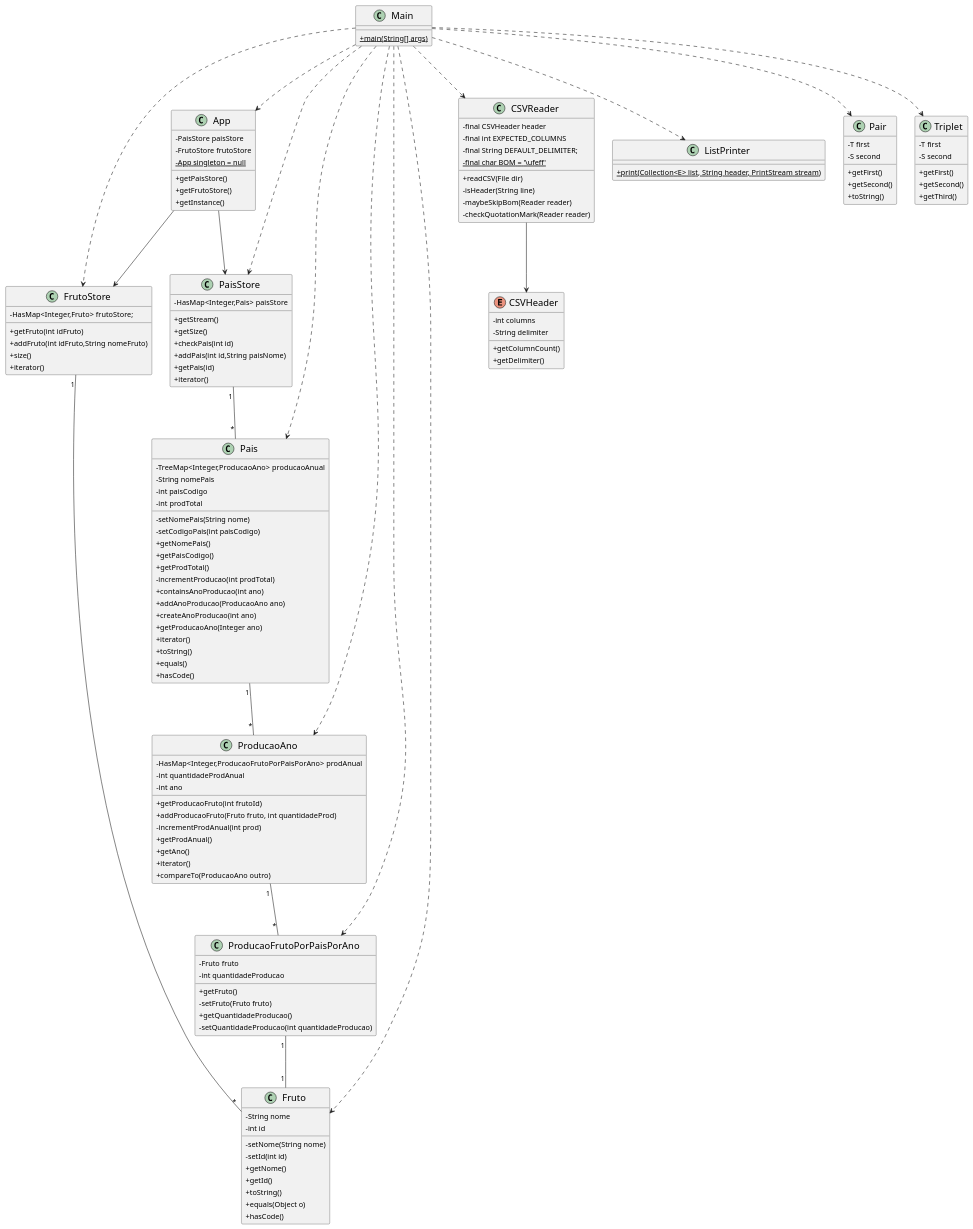
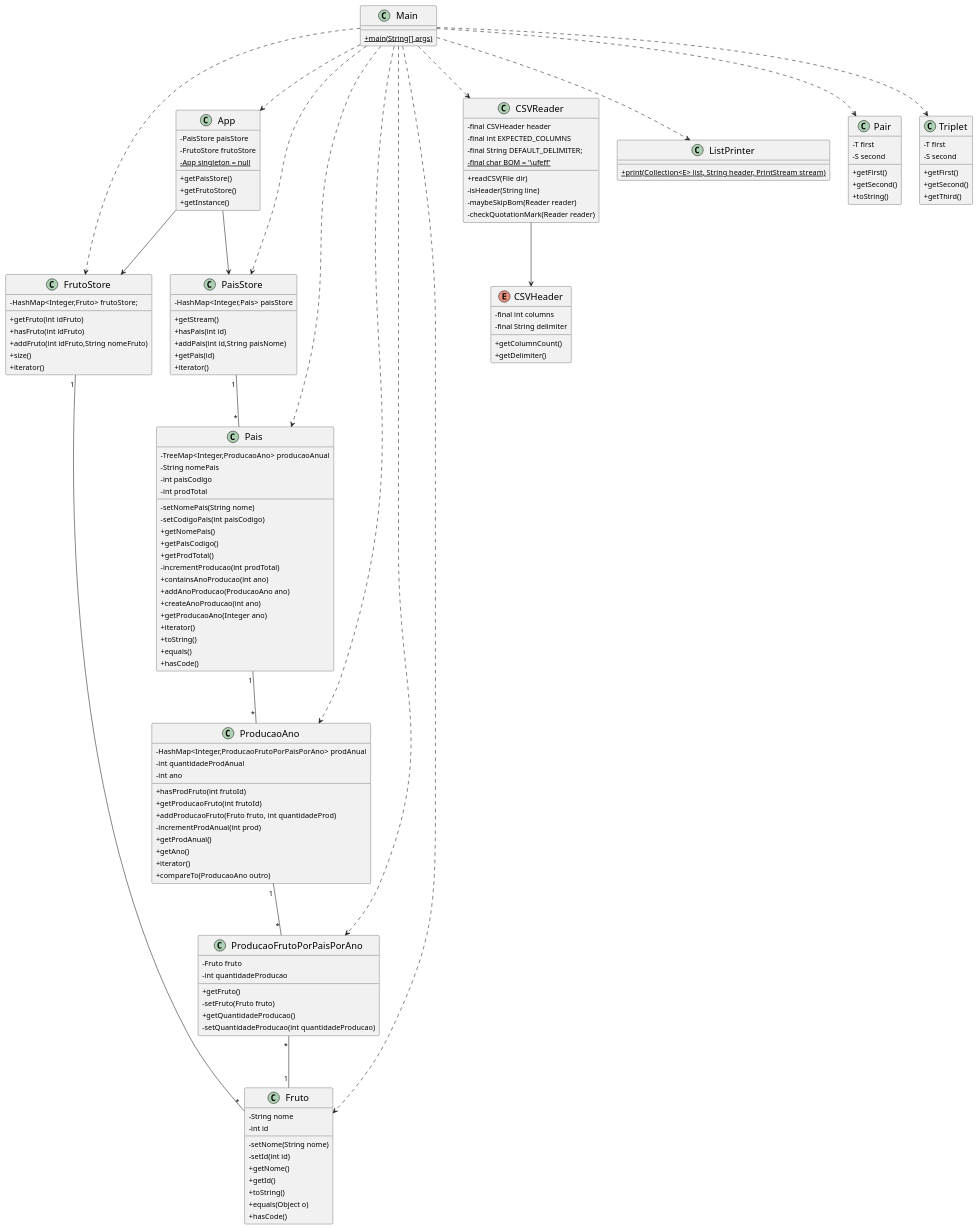
One commit to jovami/esinf-tp1 changed the diagram in ClassDiagram.puml. Above: the diagram before and after it, drawn with PlantUML. The commit also changed 2 other files, not shown here.

Commit message:
corrections in class diagram

```diff
--- a/ClassDiagram.puml
+++ b/ClassDiagram.puml
@@ -1,168 +1,169 @@
 @startuml
 'https://plantuml.com/class-diagram
 
 skinparam classAttributeIconSize 0
 skinparam padding 2
 skinparam ranksep 100
 skinparam classFontSize 18
 
 
 class Fruto
 {
     -String nome
     -int id
     -setNome(String nome)
     -setId(int id)
     +getNome()
     +getId()
     +toString()
     +equals(Object o)
     +hasCode()
 }
 
 class FrutoStore
 {
-    -HasMap<Integer,Fruto> frutoStore;
+    -HashMap<Integer,Fruto> frutoStore;
     +getFruto(int idFruto)
+    +hasFruto(int idFruto)
     +addFruto(int idFruto,String nomeFruto)
     +size()
     +iterator()
 }
 
 class Pais
 {
     -TreeMap<Integer,ProducaoAno> producaoAnual
     -String nomePais
     -int paisCodigo
     -int prodTotal
     -setNomePais(String nome)
     -setCodigoPais(int paisCodigo)
     +getNomePais()
     +getPaisCodigo()
     +getProdTotal()
     -incrementProducao(int prodTotal)
     +containsAnoProducao(int ano)
     +addAnoProducao(ProducaoAno ano)
     +createAnoProducao(int ano)
     +getProducaoAno(Integer ano)
     +iterator()
     +toString()
     +equals()
     +hasCode()
 }
 
 class PaisStore
 {
-    -HasMap<Integer,Pais> paisStore
+    -HashMap<Integer,Pais> paisStore
     +getStream()
-    +getSize()
-    +checkPais(int id)
+    +hasPais(int id)
     +addPais(int id,String paisNome)
     +getPais(id)
     +iterator()
 }
 
 class ProducaoAno
 {
-    -HasMap<Integer,ProducaoFrutoPorPaisPorAno> prodAnual
+    -HashMap<Integer,ProducaoFrutoPorPaisPorAno> prodAnual
     -int quantidadeProdAnual
     -int ano
+    +hasProdFruto(int frutoId)
     +getProducaoFruto(int frutoId)
     +addProducaoFruto(Fruto fruto, int quantidadeProd)
     -incrementProdAnual(int prod)
     +getProdAnual()
     +getAno()
     +iterator()
     +compareTo(ProducaoAno outro)
 }
 
 class ProducaoFrutoPorPaisPorAno
 {
     -Fruto fruto
     -int quantidadeProducao
     +getFruto()
     -setFruto(Fruto fruto)
     +getQuantidadeProducao()
     -setQuantidadeProducao(int quantidadeProducao)
 }
 
 class CSVReader
 {
     -final CSVHeader header
     -final int EXPECTED_COLUMNS
     -final String DEFAULT_DELIMITER;
     -{static}final char BOM = '\ufeff'
     +readCSV(File dir)
     -isHeader(String line)
     -maybeSkipBom(Reader reader)
     -checkQuotationMark(Reader reader)
 }
 
 enum CSVHeader
 {
-    -int columns
-    -String delimiter
+    -final int columns
+    -final String delimiter
     +getColumnCount()
     +getDelimiter()
 }
 
 class ListPrinter
 {
     +{static}print(Collection<E> list, String header, PrintStream stream)
 }
 
 class Pair
 {
     -T first
     -S second
     +getFirst()
     +getSecond()
     +toString()
 }
 
 class Triplet
 {
     -T first
     -S second
     +getFirst()
     +getSecond()
     +getThird()
 }
 
 class App
 {
     -PaisStore paisStore
     -FrutoStore frutoStore
     +getPaisStore()
     +getFrutoStore()
     -{static}App singleton = null
     +getInstance()
 }
 
 class Main
 {
     +{static}main(String[] args)
 }
 
 PaisStore "1" -- "*" Pais
 Pais "1" -- "*" ProducaoAno
 ProducaoAno "1" -- "*" ProducaoFrutoPorPaisPorAno
-ProducaoFrutoPorPaisPorAno "1" -- "1" Fruto
+ProducaoFrutoPorPaisPorAno "*" -- "1" Fruto
 FrutoStore "1" -- "*" Fruto
 Main ..> Pais
 Main ..> PaisStore
 Main ..> ProducaoAno
 Main ..> ProducaoFrutoPorPaisPorAno
 Main ..> FrutoStore
 Main ..>Fruto
 Main ..> App
 Main ..> CSVReader
 Main ..> ListPrinter
 Main ..> Pair
 Main ..> Triplet
 App --> PaisStore
 App --> FrutoStore
 CSVReader --> CSVHeader
 
 
 @enduml
```
